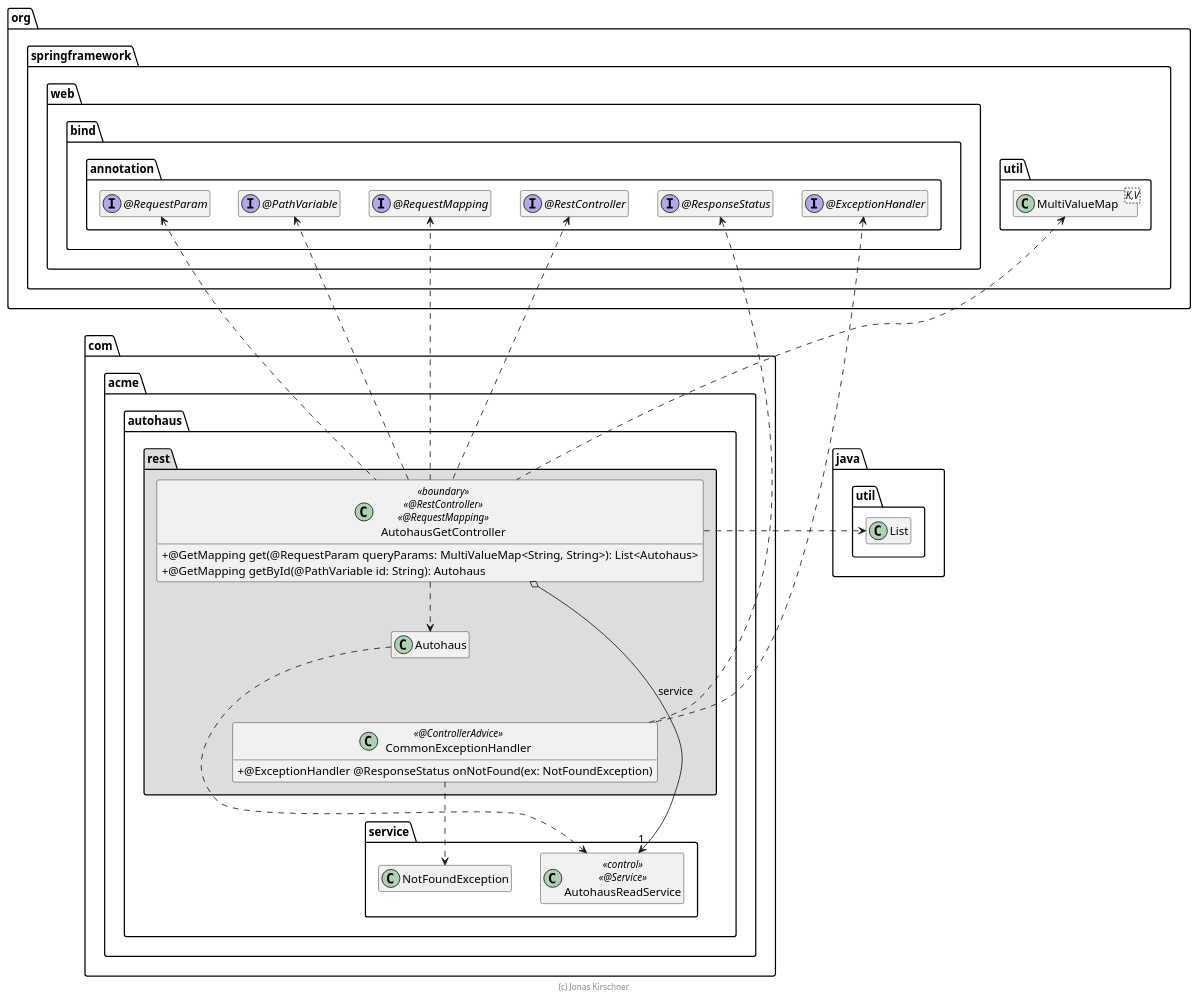
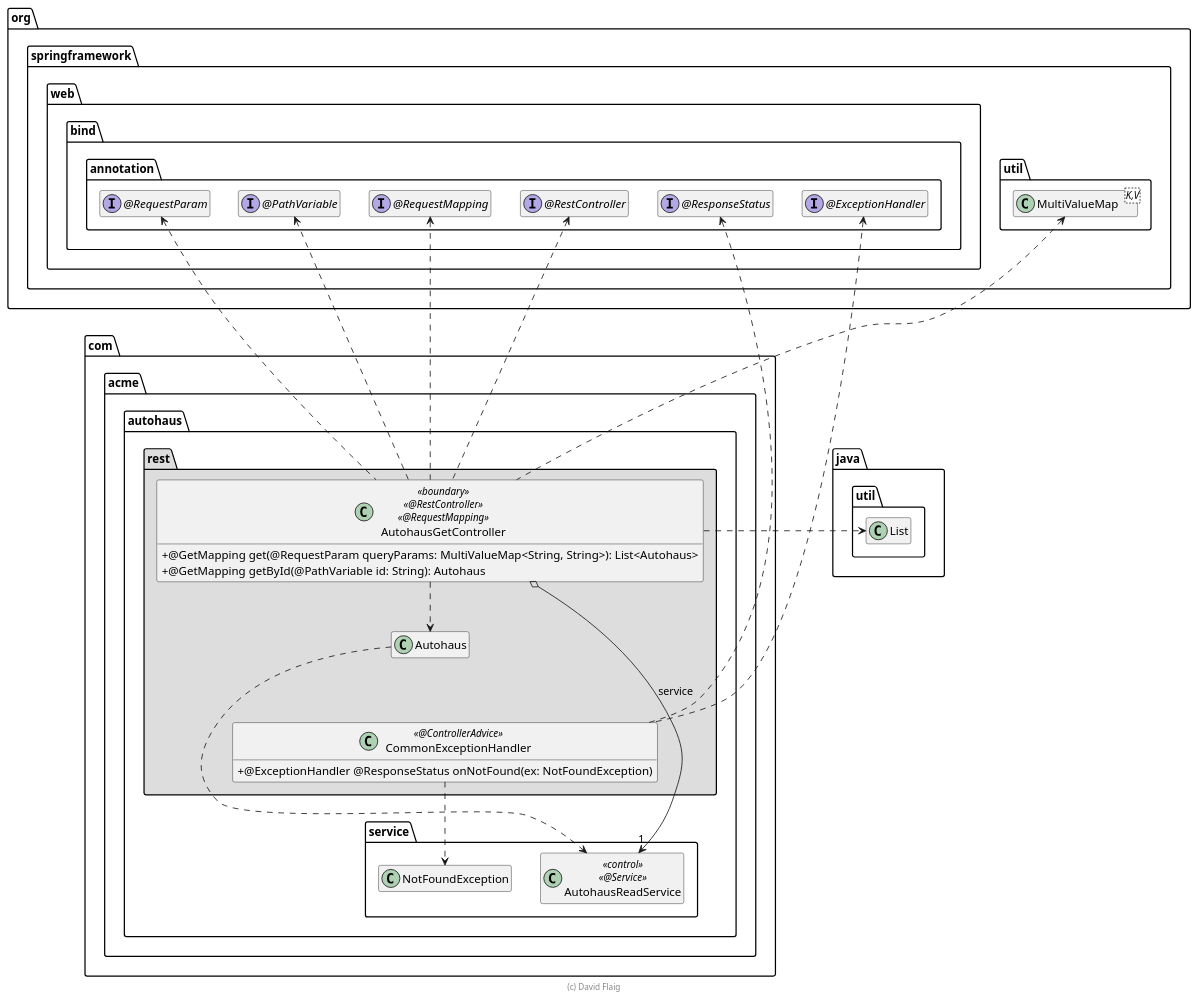
One commit to JBones35/AutohausJavaSwa changed the diagram in extras/doc/AutohausGetController.plantuml. Above: the diagram before and after it, drawn with PlantUML. The commit also changed 6 other files, not shown here.

```diff
--- a/extras/doc/AutohausGetController.plantuml
+++ b/extras/doc/AutohausGetController.plantuml
@@ -1,64 +1,64 @@
 @startuml AutohausGetController
 
 skinparam classAttributeIconSize 0
 
 package org.springframework {
     package web.bind.annotation {
         interface "@RestController" as RestController
         interface "@RequestMapping" as RequestMapping
         interface "@PathVariable" as PathVariable
         interface "@RequestParam" as RequestParam
         interface "@ExceptionHandler" as ExceptionHandler
         interface "@ResponseStatus" as ResponseStatus
     }
 
     package util {
         class MultiValueMap<K,V>
     }
 }
 
 package java.util {
     class List
 }
 
 package com.acme.autohaus {
     package service {
         class AutohausReadService << control >> << @Service >>
         class NotFoundException
     }
 
 package rest #DDDDDD {
         class AutohausGetController << boundary >> << @RestController >> << @RequestMapping >> {
             + @GetMapping get(@RequestParam queryParams: MultiValueMap<String, String>): List<Autohaus>
             + @GetMapping getById(@PathVariable id: String): Autohaus
         }
 
         class CommonExceptionHandler << @ControllerAdvice >> {
             + @ExceptionHandler @ResponseStatus onNotFound(ex: NotFoundException)
         }
 
         AutohausGetController o--> "1" AutohausReadService : service
         AutohausGetController ..> Autohaus
 
         AutohausGetController .up.> RestController
         AutohausGetController .up.> RequestMapping
         AutohausGetController .up.> PathVariable
         AutohausGetController .up.> RequestParam
         AutohausGetController .up.> MultiValueMap
 
         CommonExceptionHandler .up.> ExceptionHandler
         CommonExceptionHandler .up.> ResponseStatus
         CommonExceptionHandler ..> NotFoundException
         CommonExceptionHandler .up[hidden].> Autohaus
 
         AutohausGetController .right.> List
 
         Autohaus ..> AutohausReadService
     }
 }
 
 hide empty members
 
-footer (c) Jonas Kirschner
+footer (c) David Flaig
 
 @enduml
```
